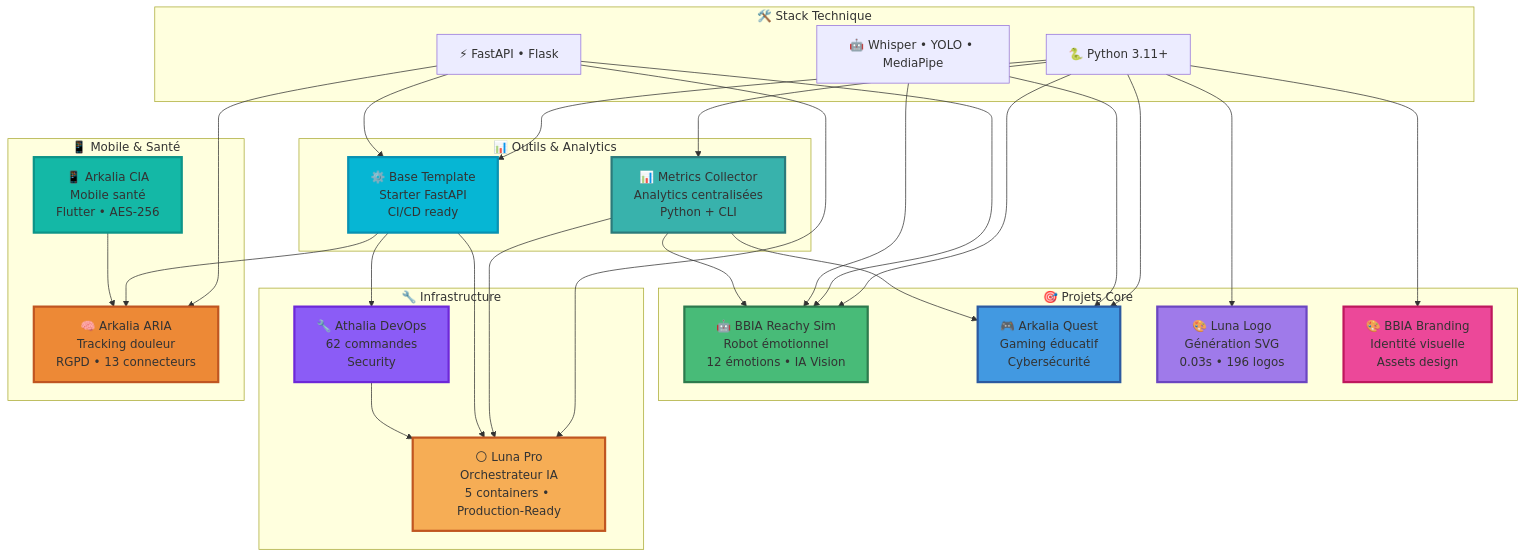
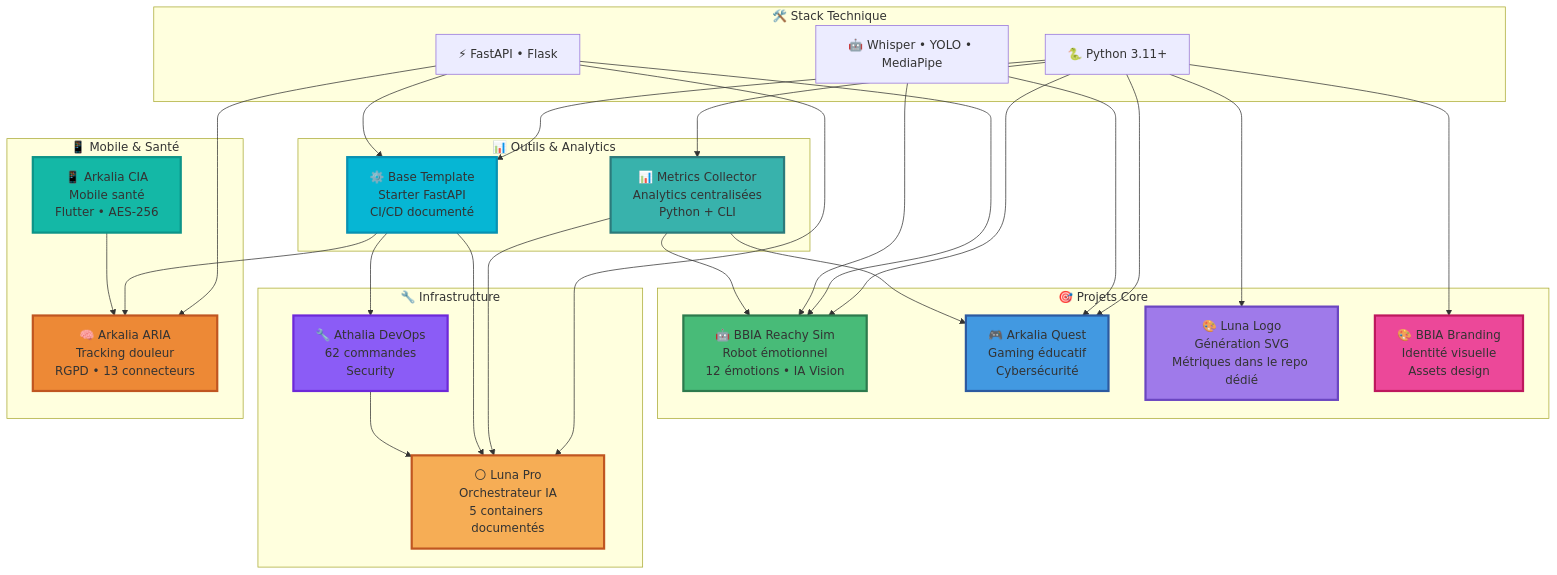
The diagram in README.md (arkalia-luna-system/arkalia-luna-system), drawn with Mermaid before and after one commit. The commit also changed other lines of this file and 2 other files, not shown here.

````diff
--- a/README.md
+++ b/README.md
@@ -345,67 +345,67 @@
 ```mermaid
 flowchart TB
  subgraph stack["🛠️ Stack Technique"]
  PYTHON["🐍 Python 3.11+"]
  APIS["⚡ FastAPI • Flask"]
  AI["🤖 Whisper • YOLO • MediaPipe"]
  end
 
  subgraph core["🎯 Projets Core"]
  BBIA["🤖 BBIA Reachy Sim<br/>Robot émotionnel<br/>12 émotions • IA Vision"]
  QUEST["🎮 Arkalia Quest<br/>Gaming éducatif<br/>Cybersécurité"]
- LOGO["🎨 Luna Logo<br/>Génération SVG<br/>0.03s • 196 logos"]
+ LOGO["🎨 Luna Logo<br/>Génération SVG<br/>Métriques dans le repo dédié"]
  BRANDING["🎨 BBIA Branding<br/>Identité visuelle<br/>Assets design"]
  end
 
  subgraph infra["🔧 Infrastructure"]
  ATHALIA["🔧 Athalia DevOps<br/>62 commandes<br/>Security"]
- LUNA["🌕 Luna Pro<br/>Orchestrateur IA<br/>5 containers • Production-Ready"]
+ LUNA["🌕 Luna Pro<br/>Orchestrateur IA<br/>5 containers documentés"]
  end
 
  subgraph mobile["📱 Mobile & Santé"]
  CIA["📱 Arkalia CIA<br/>Mobile santé<br/>Flutter • AES-256"]
  ARIA["🧠 Arkalia ARIA<br/>Tracking douleur<br/>RGPD • 13 connecteurs"]
  end
 
  subgraph utils["📊 Outils & Analytics"]
  METRICS["📊 Metrics Collector<br/>Analytics centralisées<br/>Python + CLI"]
- TEMPLATE["⚙️ Base Template<br/>Starter FastAPI<br/>CI/CD ready"]
+ TEMPLATE["⚙️ Base Template<br/>Starter FastAPI<br/>CI/CD documenté"]
  end
 
  PYTHON --> BBIA
  PYTHON --> QUEST
  PYTHON --> LOGO
  PYTHON --> BRANDING
  PYTHON --> METRICS
  PYTHON --> TEMPLATE
 
  APIS --> BBIA
  APIS --> LUNA
  APIS --> ARIA
  APIS --> TEMPLATE
 
  AI --> BBIA
  AI --> QUEST
 
  METRICS --> BBIA
  METRICS --> QUEST
  METRICS --> LUNA
 
  TEMPLATE --> ATHALIA
  TEMPLATE --> LUNA
  TEMPLATE --> ARIA
 
  ATHALIA --> LUNA
  CIA --> ARIA
 
  style BBIA fill:#48bb78,stroke:#2d7a4d,stroke-width:3px
  style QUEST fill:#4299e1,stroke:#2c5aa0,stroke-width:3px
  style LOGO fill:#9f7aea,stroke:#6b46c1,stroke-width:3px
  style LUNA fill:#f6ad55,stroke:#c05621,stroke-width:3px
  style ARIA fill:#ed8936,stroke:#c05621,stroke-width:3px
  style METRICS fill:#38b2ac,stroke:#2c7a7b,stroke-width:3px
  style BRANDING fill:#ec4899,stroke:#be185d,stroke-width:3px
  style CIA fill:#14b8a6,stroke:#0d9488,stroke-width:3px
  style ATHALIA fill:#8b5cf6,stroke:#6d28d9,stroke-width:3px
  style TEMPLATE fill:#06b6d4,stroke:#0891b2,stroke-width:3px
 ```
````
